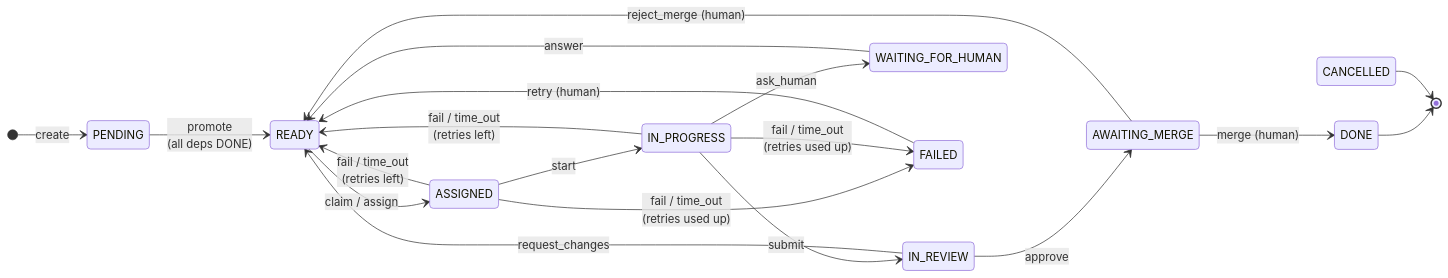
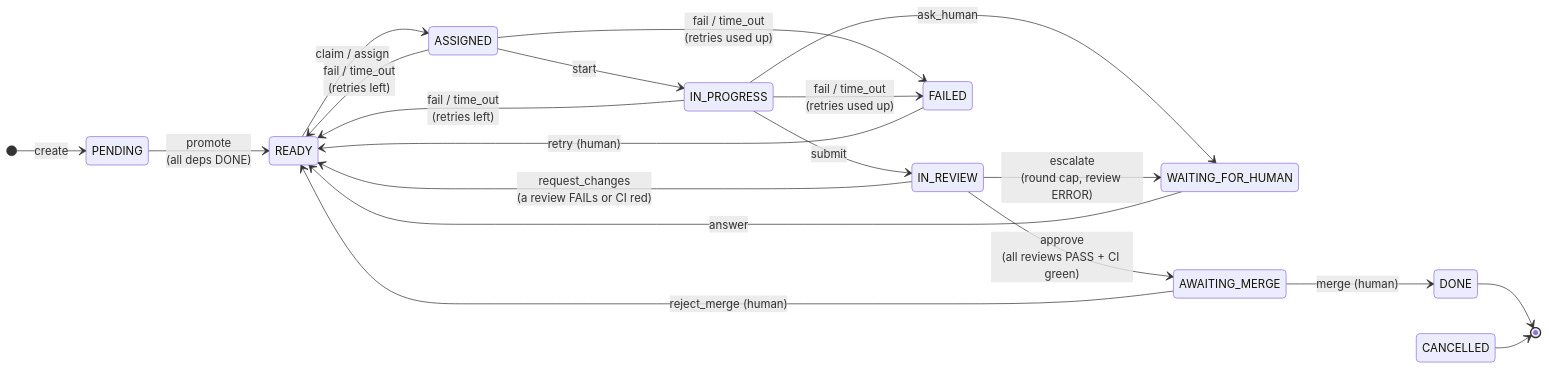
Before and after one commit to bharathcmbox/axiom: the first of 4 diagrams in docs/state-machines.md, drawn with Mermaid. The commit also changed other lines of this file and 10 other files, not shown here.

First line of the commit message:
Phase 3 T2: review domain (reviews table, review state machine, task-machine changes)

````diff
--- a/docs/state-machines.md
+++ b/docs/state-machines.md
@@ -15,22 +15,23 @@
 ```mermaid
 stateDiagram-v2
     direction LR
     [*] --> PENDING: create
     PENDING --> READY: promote<br/>(all deps DONE)
     READY --> ASSIGNED: claim / assign
     ASSIGNED --> IN_PROGRESS: start
     IN_PROGRESS --> IN_REVIEW: submit
     IN_PROGRESS --> WAITING_FOR_HUMAN: ask_human
     WAITING_FOR_HUMAN --> READY: answer
     ASSIGNED --> READY: fail / time_out<br/>(retries left)
     IN_PROGRESS --> READY: fail / time_out<br/>(retries left)
     ASSIGNED --> FAILED: fail / time_out<br/>(retries used up)
     IN_PROGRESS --> FAILED: fail / time_out<br/>(retries used up)
     FAILED --> READY: retry (human)
-    IN_REVIEW --> AWAITING_MERGE: approve
-    IN_REVIEW --> READY: request_changes
+    IN_REVIEW --> AWAITING_MERGE: approve<br/>(all reviews PASS + CI green)
+    IN_REVIEW --> READY: request_changes<br/>(a review FAILs or CI red)
+    IN_REVIEW --> WAITING_FOR_HUMAN: escalate<br/>(round cap, review ERROR)
     AWAITING_MERGE --> READY: reject_merge (human)
     AWAITING_MERGE --> DONE: merge (human)
     DONE --> [*]
     CANCELLED --> [*]
 ```
````
